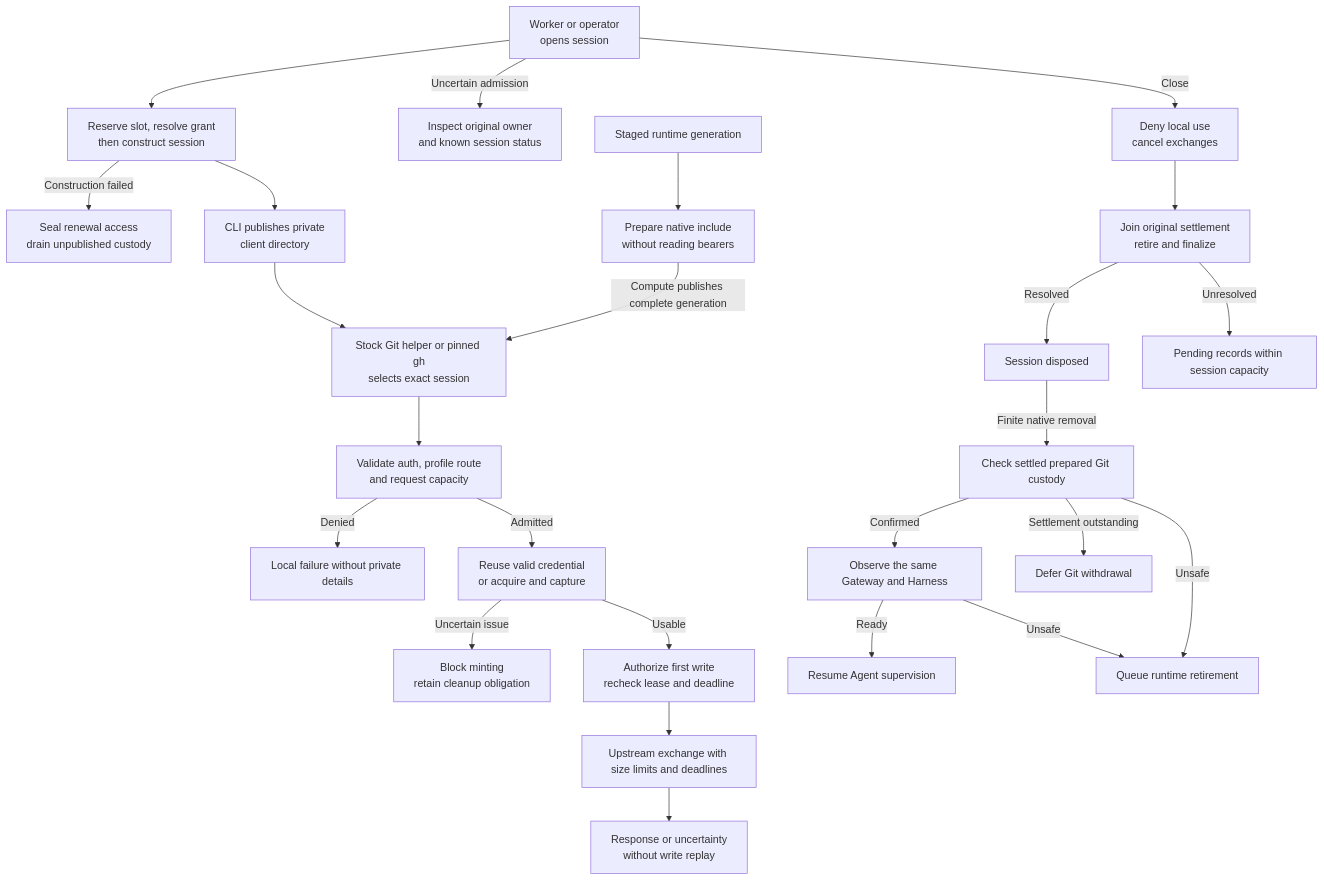
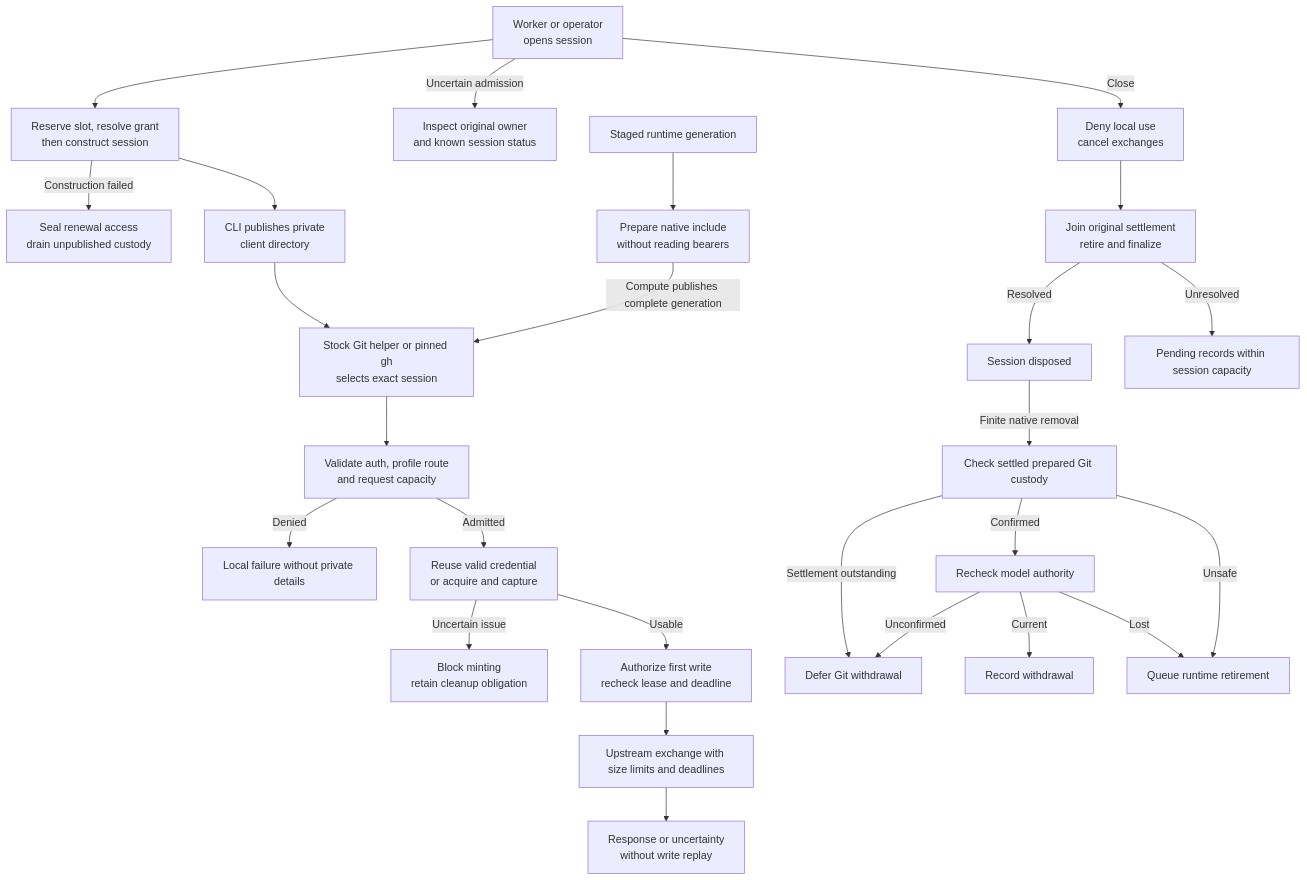
Before and after one commit to openclaw/openclaw-enterprise: the diagram in docs/flows/repository-credentials.md, drawn with Mermaid. The commit also changed other lines of this file and 6 other files, not shown here.

Commit message:
Keep workload readiness independent of finite native withdrawal

````diff
--- a/docs/flows/repository-credentials.md
+++ b/docs/flows/repository-credentials.md
@@ -29,27 +29,28 @@
 ```mermaid
 graph TD
   Operator["Worker or operator<br/>opens session"] --> Admission["Reserve slot, resolve grant<br/>then construct session"]
   Admission -->|Construction failed| ConstructionCleanup["Seal renewal access<br/>drain unpublished custody"]
   Operator -->|Uncertain admission| Recovery["Inspect original owner<br/>and known session status"]
   Admission --> Files["CLI publishes private<br/>client directory"]
   Files --> Client["Stock Git helper or pinned gh<br/>selects exact session"]
   Staged["Staged runtime generation"] --> Native["Prepare native include<br/>without reading bearers"]
   Native -->|Compute publishes complete generation| Client
   Client --> Route["Validate auth, profile route<br/>and request capacity"]
   Route -->|Denied| Denial["Local failure without private details"]
   Route -->|Admitted| Credential["Reuse valid credential<br/>or acquire and capture"]
   Credential -->|Uncertain issue| Blocked["Block minting<br/>retain cleanup obligation"]
   Credential -->|Usable| Gate["Authorize first write<br/>recheck lease and deadline"]
   Gate --> Upstream["Upstream exchange with size limits and deadlines"]
   Upstream --> Result["Response or uncertainty<br/>without write replay"]
   Operator -->|Close| Closed["Deny local use<br/>cancel exchanges"]
   Closed --> Cleanup["Join original settlement<br/>retire and finalize"]
   Cleanup -->|Resolved| Disposed["Session disposed"]
   Cleanup -->|Unresolved| Pending["Pending records within session capacity"]
   Disposed -->|Finite native removal| NativeCustody["Check settled prepared Git custody"]
-  NativeCustody -->|Confirmed| NativeRuntime["Observe the same Gateway and Harness"]
+  NativeCustody -->|Confirmed| NativeAuthority["Recheck model authority"]
   NativeCustody -->|Settlement outstanding| NativeWithdrawalPending["Defer Git withdrawal"]
-  NativeRuntime -->|Ready| NativeKeep["Resume Agent supervision"]
-  NativeRuntime -->|Unsafe| NativeStop["Queue runtime retirement"]
+  NativeAuthority -->|Current| NativeKeep["Record withdrawal"]
+  NativeAuthority -->|Unconfirmed| NativeWithdrawalPending
+  NativeAuthority -->|Lost| NativeStop["Queue runtime retirement"]
   NativeCustody -->|Unsafe| NativeStop
 ```
````
